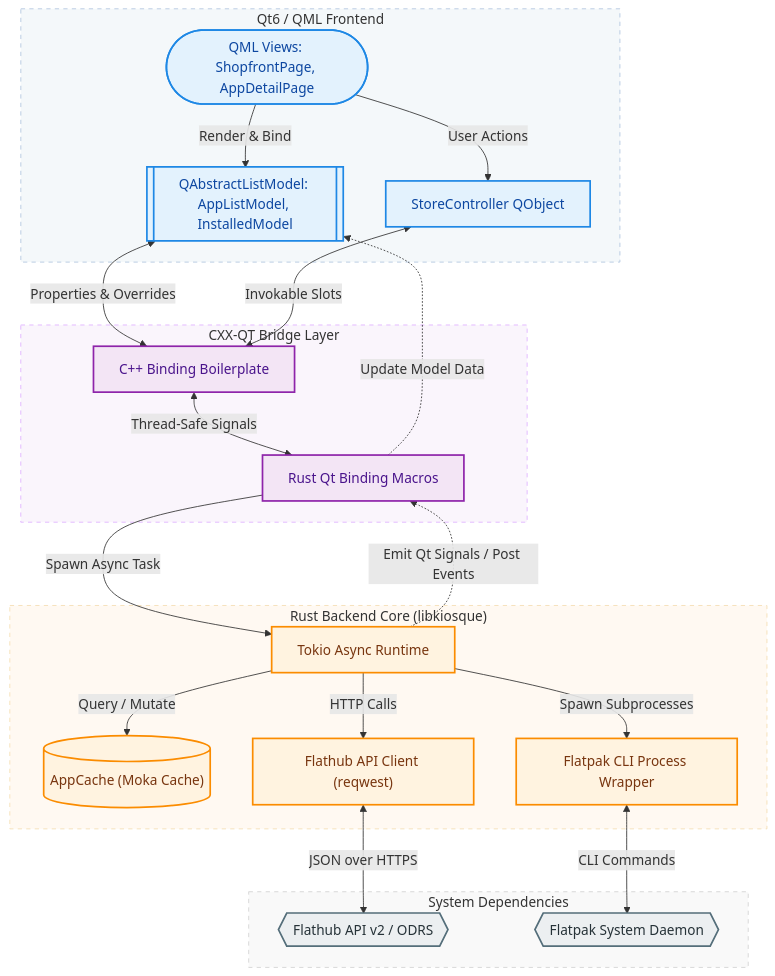
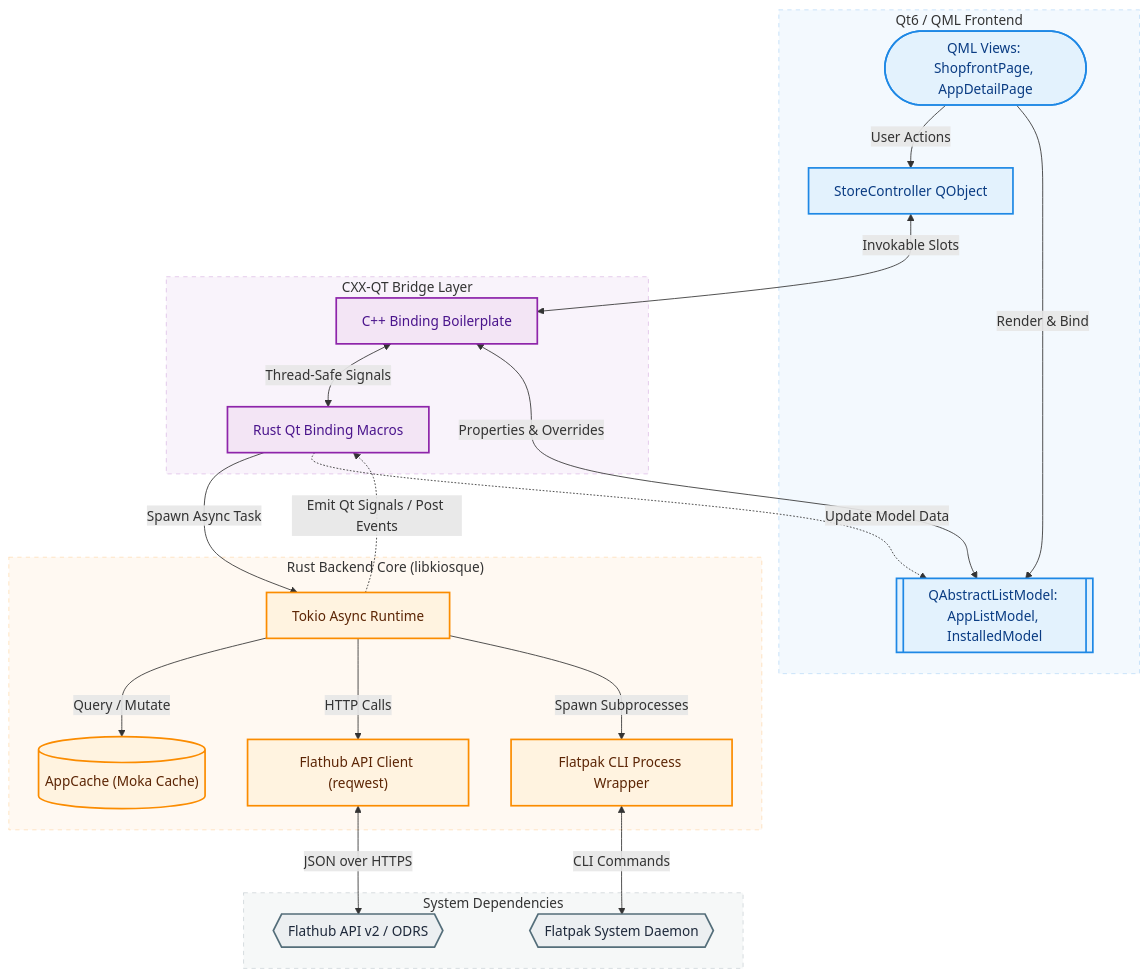
Before and after one commit to niltonperimneto/kiosque: the diagram in README.md, drawn with Mermaid.

Commit message:
docs: reorganize architecture diagram in README.md for better layout and dark mode support

````diff
--- a/README.md
+++ b/README.md
@@ -55,67 +55,66 @@
 ```mermaid
 graph TD
     %% Frontend Layer
     subgraph Frontend ["Qt6 / QML Frontend"]
         UI(["QML Views: ShopfrontPage, AppDetailPage"])
+        Ctrl["StoreController QObject"]
         Models[["QAbstractListModel: AppListModel, InstalledModel"]]
-        Ctrl["StoreController QObject"]
     end
 
     %% CXX-QT Bridge Layer
     subgraph Bridge ["CXX-QT Bridge Layer"]
         CXX_Bridge["C++ Binding Boilerplate"]
         Rust_Bridge["Rust Qt Binding Macros"]
     end
 
     %% Backend Layer
     subgraph Backend ["Rust Backend Core (libkiosque)"]
-        Tokio["Tokio Async Runtime"]
         Cache[("AppCache (Moka Cache)")]
         Flathub["Flathub API Client (reqwest)"]
         FlatpakCLI["Flatpak CLI Process Wrapper"]
+        Tokio["Tokio Async Runtime"]
     end
 
     %% System Dependencies
     subgraph System ["System Dependencies"]
         FlathubAPI{{"Flathub API v2 / ODRS"}}
         FlatpakSystem{{"Flatpak System Daemon"}}
     end
 
     %% Connections
+    UI -->|User Actions| Ctrl
     UI -->|Render & Bind| Models
-    UI -->|User Actions| Ctrl
     
+    Ctrl <-->|Invokable Slots| CXX_Bridge
     Models <-->|Properties & Overrides| CXX_Bridge
-    Ctrl <-->|Invokable Slots| CXX_Bridge
     
     CXX_Bridge <-->|Thread-Safe Signals| Rust_Bridge
     
     Rust_Bridge -->|Spawn Async Task| Tokio
+    Tokio -.->|Emit Qt Signals / Post Events| Rust_Bridge
+    Rust_Bridge -.->|Update Model Data| Models
     
     Tokio -->|Query / Mutate| Cache
     Tokio -->|HTTP Calls| Flathub
     Tokio -->|Spawn Subprocesses| FlatpakCLI
     
     Flathub <-->|JSON over HTTPS| FlathubAPI
     FlatpakCLI <-->|CLI Commands| FlatpakSystem
-    
-    Tokio -.->|Emit Qt Signals / Post Events| Rust_Bridge
-    Rust_Bridge -.->|Update Model Data| Models
 
     %% Style Classes for Modern Theme
-    classDef frontend fill:#E3F2FD,stroke:#1E88E5,stroke-width:2px,color:#0D47A1;
+    classDef frontend fill:#E3F2FD,stroke:#1E88E5,stroke-width:2px,color:#0A3C83;
     classDef bridge fill:#F3E5F5,stroke:#8E24AA,stroke-width:2px,color:#4A148C;
-    classDef backend fill:#FFF3E0,stroke:#FB8C00,stroke-width:2px,color:#78350F;
-    classDef system fill:#ECEFF1,stroke:#546E7A,stroke-width:2px,color:#263238;
+    classDef backend fill:#FFF3E0,stroke:#FB8C00,stroke-width:2px,color:#5C2505;
+    classDef system fill:#ECEFF1,stroke:#546E7A,stroke-width:2px,color:#1E293B;
 
     class UI,Models,Ctrl frontend;
     class CXX_Bridge,Rust_Bridge bridge;
     class Tokio,Cache,Flathub,FlatpakCLI backend;
     class FlathubAPI,FlatpakSystem system;
 
-    %% Subgraph Styling
-    style Frontend fill:#F4F8FA,stroke:#B0C4DE,stroke-width:1px,stroke-dasharray: 5 5;
-    style Bridge fill:#FAF5FC,stroke:#E0B0FF,stroke-width:1px,stroke-dasharray: 5 5;
-    style Backend fill:#FFF9F2,stroke:#F5DEB3,stroke-width:1px,stroke-dasharray: 5 5;
-    style System fill:#F9F9F9,stroke:#D3D3D3,stroke-width:1px,stroke-dasharray: 5 5;
+    %% Subgraph Styling (GitHub Light/Dark theme safe via transparent tints)
+    style Frontend fill:#1E88E5,fill-opacity:0.05,stroke:#1E88E5,stroke-opacity:0.25,stroke-width:1px,stroke-dasharray: 5 5;
+    style Bridge fill:#8E24AA,fill-opacity:0.05,stroke:#8E24AA,stroke-opacity:0.25,stroke-width:1px,stroke-dasharray: 5 5;
+    style Backend fill:#FB8C00,fill-opacity:0.05,stroke:#FB8C00,stroke-opacity:0.25,stroke-width:1px,stroke-dasharray: 5 5;
+    style System fill:#546E7A,fill-opacity:0.05,stroke:#546E7A,stroke-opacity:0.25,stroke-width:1px,stroke-dasharray: 5 5;
 ```
````
